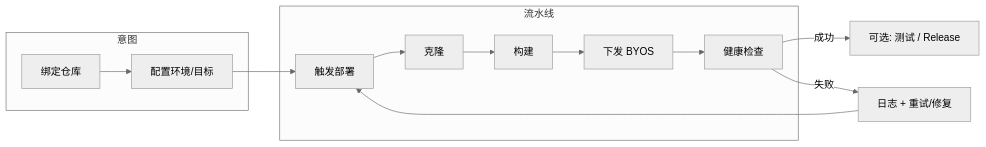
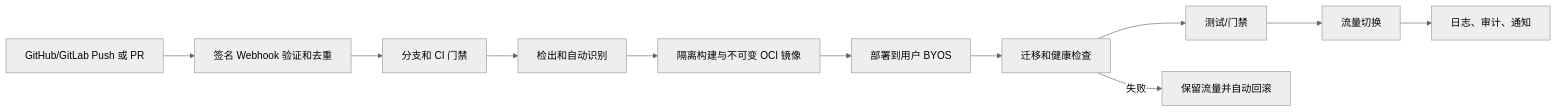
Before and after one commit to tppc-linksc/Launchly: the diagram in docs/basic/产品设计规范.md, drawn with Mermaid (neutral theme). The commit also changed other lines of this file and 68 other files, not shown here.

````diff
--- a/docs/basic/产品设计规范.md
+++ b/docs/basic/产品设计规范.md
@@ -143,16 +35,13 @@
 ```mermaid
 flowchart LR
-  subgraph Intent["意图"]
-    A[绑定仓库] --> B[配置环境/目标]
-  end
-  subgraph Pipeline["流水线"]
-    B --> C[触发部署]
-    C --> D[克隆]
-    D --> E[构建]
-    E --> F[下发 BYOS]
-    F --> G[健康检查]
-  end
-  G -->|成功| H[可选: 测试 / Release]
-  G -->|失败| I[日志 + 重试/修复]
-  I --> C
+  A[GitHub/GitLab Push 或 PR] --> B[签名 Webhook 验证和去重]
+  B --> C[分支和 CI 门禁]
+  C --> D[检出和自动识别]
+  D --> E[隔离构建与不可变 OCI 镜像]
+  E --> F[部署到用户 BYOS]
+  F --> G[迁移和健康检查]
+  G --> H[测试/门禁]
+  H --> I[流量切换]
+  G -->|失败| J[保留流量并自动回滚]
+  I --> K[日志、审计、通知]
 ```
````
